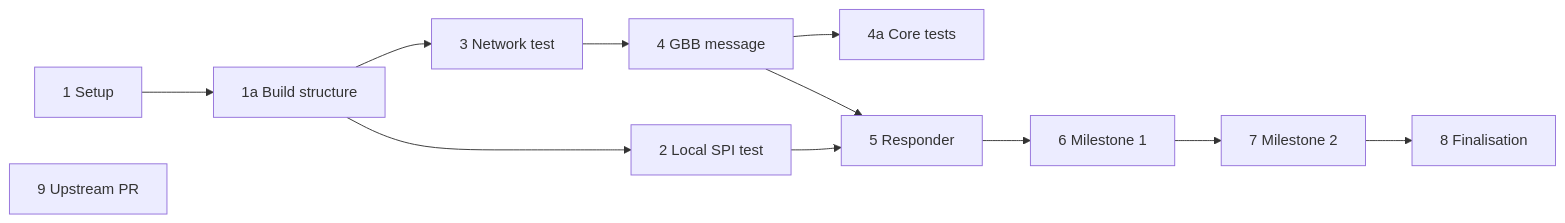
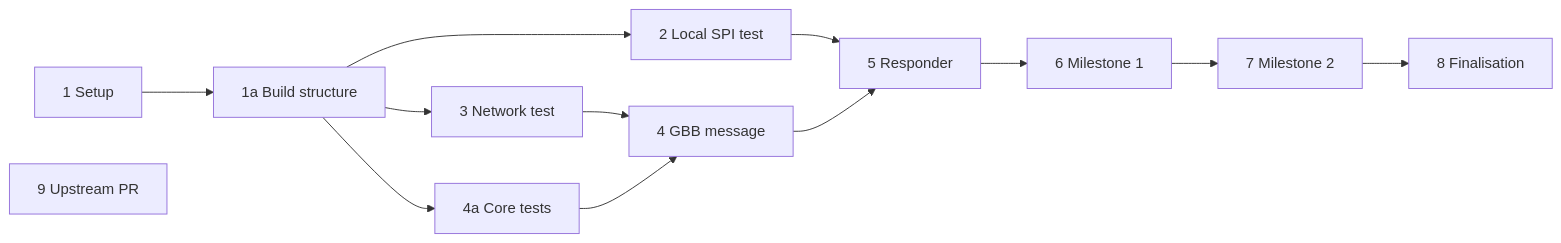
Before and after one commit to Kartoffelbauer/rts-open1722-remote-spi: the diagram in docs/project-plan.md, drawn with Mermaid. The commit also changed other lines of this file and 8 other files, not shown here.

````diff
--- a/docs/project-plan.md
+++ b/docs/project-plan.md
@@ -25,14 +28,15 @@
 ```mermaid
 flowchart LR
     T1["1 Setup"] --> T1a["1a Build structure"]
     T1a --> T2["2 Local SPI test"]
     T1a --> T3["3 Network test"]
+    T1a --> T4a["4a Core tests"]
     T3 --> T4["4 GBB message"]
-    T4 --> T4a["4a Core tests"]
+    T4a --> T4
     T2 --> T5["5 Responder"]
     T4 --> T5
     T5 --> T6["6 Milestone 1"]
     T6 --> T7["7 Milestone 2"]
     T7 --> T8["8 Finalisation"]
     T9["9 Upstream PR"]
 ```
````
